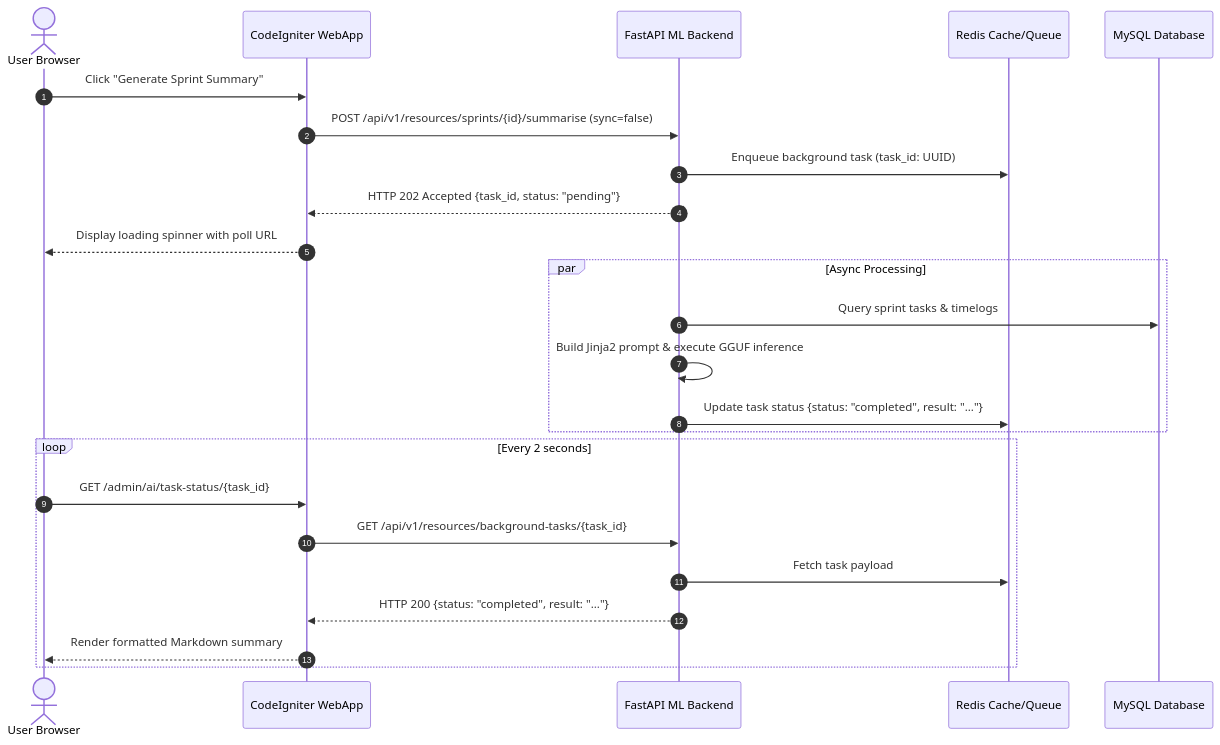
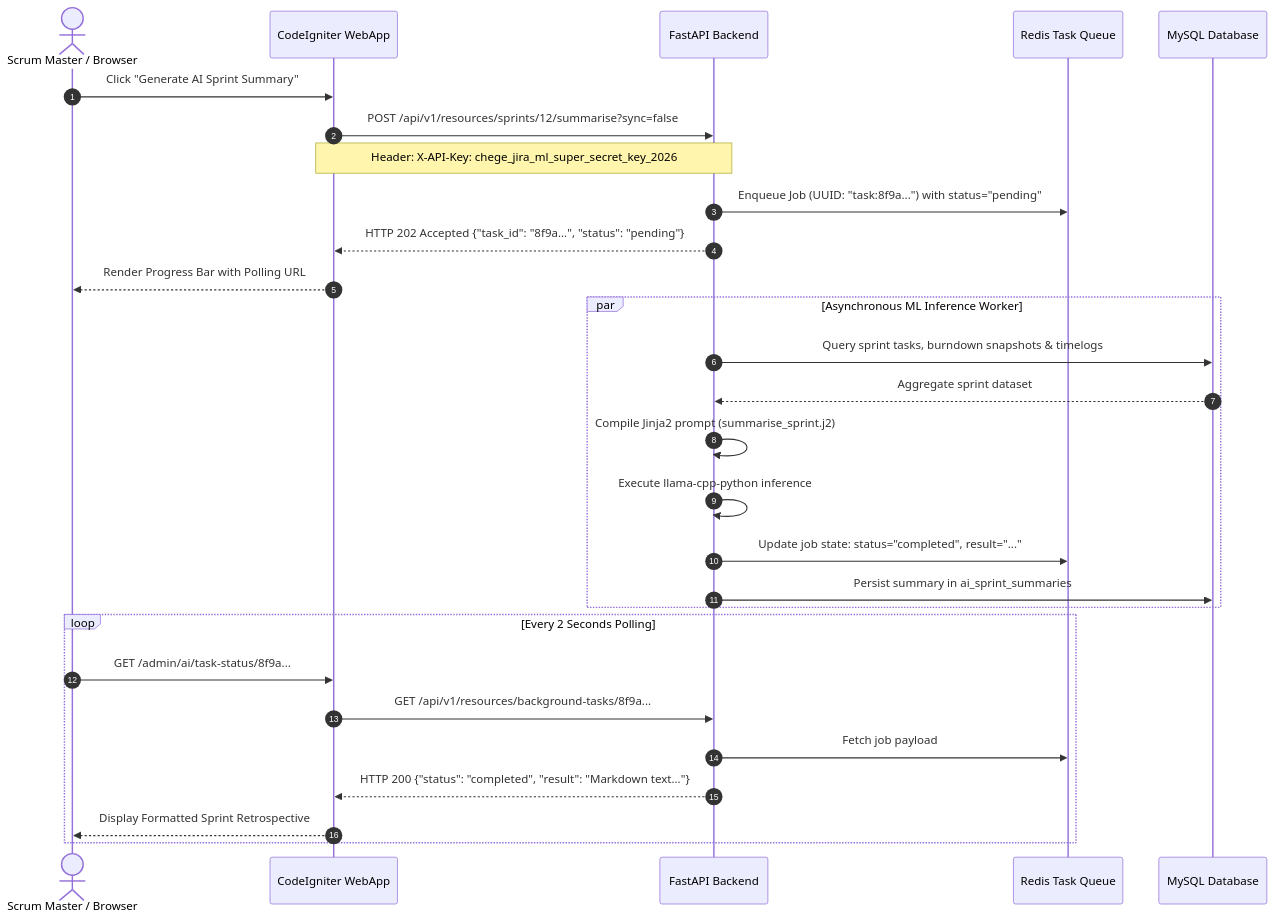
Before and after one commit to Niccher/AI-Agile-Project-Management-Suite: the second of 3 diagrams in docs/architecture/communication.md, drawn with Mermaid. The commit also changed other lines of this file and 33 other files, not shown here.

````diff
--- a/docs/architecture/communication.md
+++ b/docs/architecture/communication.md
@@ -39,29 +59,34 @@
 ```mermaid
 sequenceDiagram
     autonumber
-    actor User as User Browser
+    actor Mgr as Scrum Master / Browser
     participant Web as CodeIgniter WebApp
-    participant ML as FastAPI ML Backend
-    participant Redis as Redis Cache/Queue
+    participant ML as FastAPI Backend
+    participant Redis as Redis Task Queue
     participant DB as MySQL Database
 
-    User->>Web: Click "Generate Sprint Summary"
-    Web->>ML: POST /api/v1/resources/sprints/{id}/summarise (sync=false)
-    ML->>Redis: Enqueue background task (task_id: UUID)
-    ML-->>Web: HTTP 202 Accepted {task_id, status: "pending"}
-    Web-->>User: Display loading spinner with poll URL
+    Mgr->>Web: Click "Generate AI Sprint Summary"
+    Web->>ML: POST /api/v1/resources/sprints/12/summarise?sync=false
+    Note over Web,ML: Header: X-API-Key: chege_jira_ml_super_secret_key_2026
     
-    par Async Processing
-        ML->>DB: Query sprint tasks & timelogs
-        ML->>ML: Build Jinja2 prompt & execute GGUF inference
-        ML->>Redis: Update task status {status: "completed", result: "..."}
+    ML->>Redis: Enqueue Job (UUID: "task:8f9a...") with status="pending"
+    ML-->>Web: HTTP 202 Accepted {"task_id": "8f9a...", "status": "pending"}
+    Web-->>Mgr: Render Progress Bar with Polling URL
+    
+    par Asynchronous ML Inference Worker
+        ML->>DB: Query sprint tasks, burndown snapshots & timelogs
+        DB-->>ML: Aggregate sprint dataset
+        ML->>ML: Compile Jinja2 prompt (summarise_sprint.j2)
+        ML->>ML: Execute llama-cpp-python inference
+        ML->>Redis: Update job state: status="completed", result="..."
+        ML->>DB: Persist summary in ai_sprint_summaries
     end
-    
-    loop Every 2 seconds
-        User->>Web: GET /admin/ai/task-status/{task_id}
-        Web->>ML: GET /api/v1/resources/background-tasks/{task_id}
-        ML->>Redis: Fetch task payload
-        ML-->>Web: HTTP 200 {status: "completed", result: "..."}
-        Web-->>User: Render formatted Markdown summary
+
+    loop Every 2 Seconds Polling
+        Mgr->>Web: GET /admin/ai/task-status/8f9a...
+        Web->>ML: GET /api/v1/resources/background-tasks/8f9a...
+        ML->>Redis: Fetch job payload
+        ML-->>Web: HTTP 200 {"status": "completed", "result": "Markdown text..."}
+        Web-->>Mgr: Display Formatted Sprint Retrospective
     end
 ```
````
